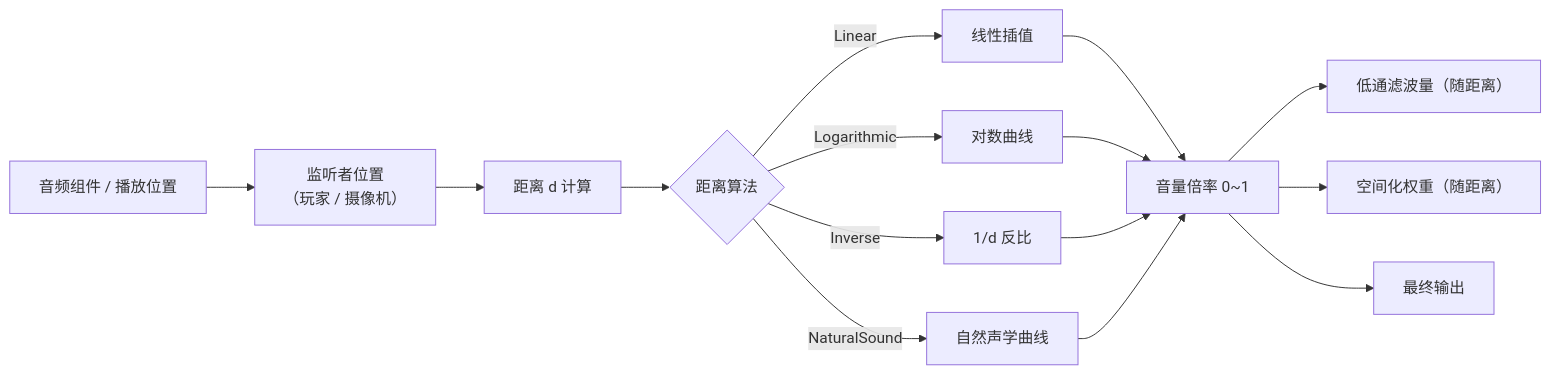
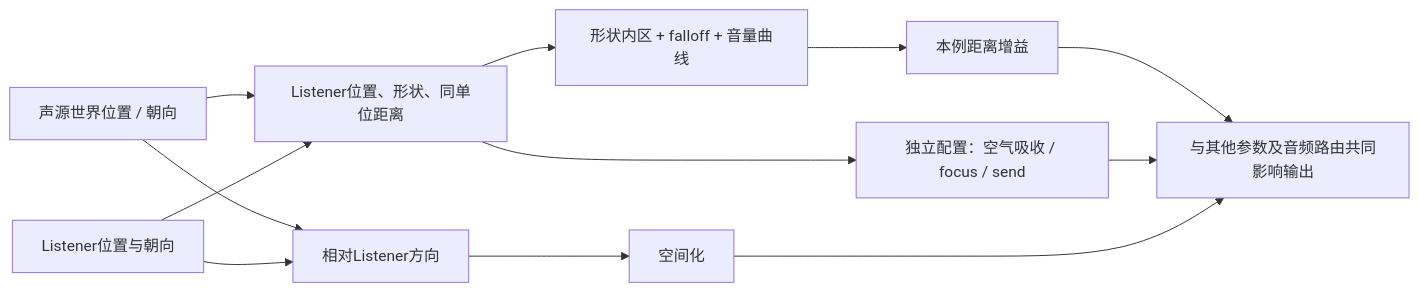
The first of 4 diagrams in 知识/04-图形动画与物理仿真/音频播放与程序化声音/02-衰减与3D空间音效.md (fantuan812/learning), drawn with Mermaid before and after one commit. The commit also changed other lines of this file and 2 other files, not shown here.

````diff
--- a/知识/04-图形动画与物理仿真/音频播放与程序化声音/02-衰减与3D空间音效.md
+++ b/知识/04-图形动画与物理仿真/音频播放与程序化声音/02-衰减与3D空间音效.md
@@ -67,17 +62,14 @@
 ```mermaid
 flowchart LR
-    A["音频组件 / 播放位置"] --> B["监听者位置<br/>（玩家 / 摄像机）"]
-    B --> C["距离 d 计算"]
-    C --> D{"距离算法"}
-    D -->|"Linear"| E["线性插值"]
-    D -->|"Logarithmic"| F["对数曲线"]
-    D -->|"Inverse"| G["1/d 反比"]
-    D -->|"NaturalSound"| H["自然声学曲线"]
-    E --> I["音量倍率 0~1"]
-    F --> I
-    G --> I
-    H --> I
-    I --> J["低通滤波量（随距离）"]
-    I --> K["空间化权重（随距离）"]
-    I --> L["最终输出"]
+    S["声源世界位置 / 朝向"] --> G["Listener位置、形状、同单位距离"]
+    L["Listener位置与朝向"] --> G
+    G --> V["形状内区 + falloff + 音量曲线"]
+    V --> Gain["本例距离增益"]
+    G --> F["独立配置：空气吸收 / focus / send"]
+    S --> Dir["相对Listener方向"]
+    L --> Dir
+    Dir --> P["空间化"]
+    Gain --> O["与其他参数及音频路由共同影响输出"]
+    F --> O
+    P --> O
 ```
````
